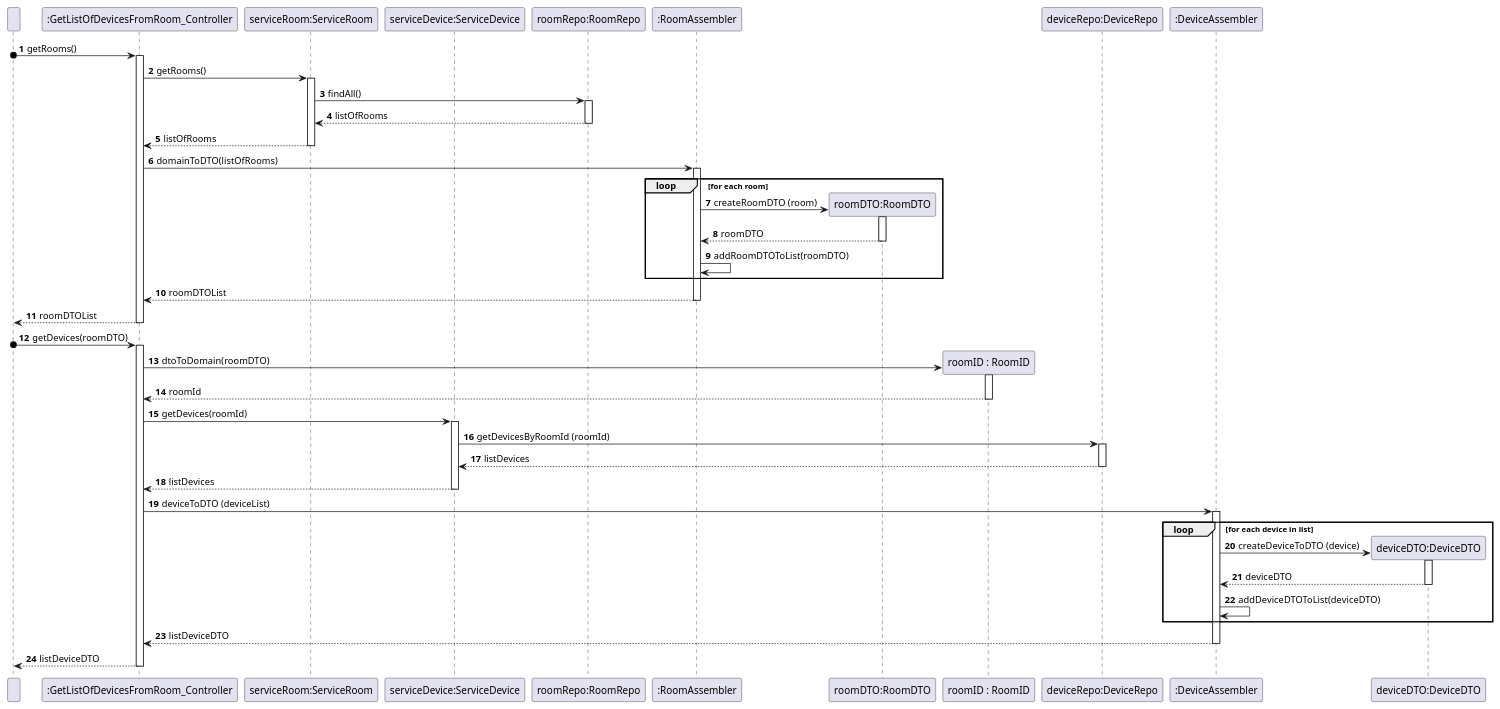
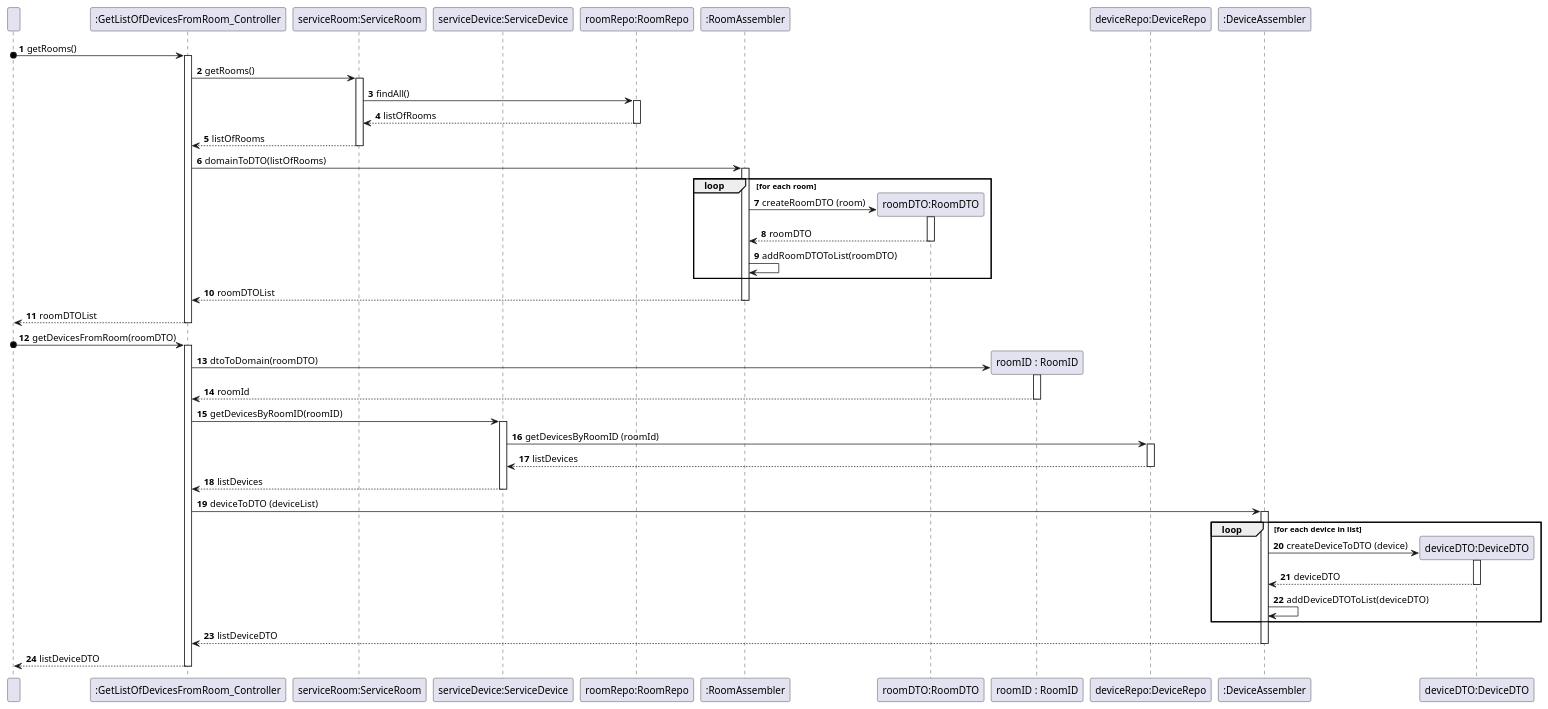
Before and after one commit to olivDiogo/SmartHome: the diagram in docs/userStories/us06/artifacts/US06SD.puml, drawn with PlantUML. The commit also changed 9 other files, not shown here.

```diff
--- a/docs/userStories/us06/artifacts/US06SD.puml
+++ b/docs/userStories/us06/artifacts/US06SD.puml
@@ -1,132 +1,131 @@
 @startuml
 'https://plantuml.com/sequence-diagram
 participant " " as User
 participant ":GetListOfDevicesFromRoom_Controller" as GetListOfDevicesFromRoom_Controller
 
 participant "serviceRoom:ServiceRoom" as ServiceRoom
 participant "serviceDevice:ServiceDevice" as ServiceDevice
 
 participant "roomRepo:RoomRepo" as RoomRepo
 participant ":RoomAssembler" as RoomAssembler
 
 participant "roomDTO:RoomDTO" as RoomDTO
 
 participant "roomID : RoomID" as RoomID
 
 participant "deviceRepo:DeviceRepo" as DeviceRepo
 participant ":DeviceAssembler" as DeviceAssembler
 participant "deviceDTO:DeviceDTO" as DeviceDTO
 
 autonumber
 
 User o-> GetListOfDevicesFromRoom_Controller: getRooms()
 
 activate GetListOfDevicesFromRoom_Controller
 
 GetListOfDevicesFromRoom_Controller -> ServiceRoom: getRooms()
 
 activate ServiceRoom
 
 ServiceRoom -> RoomRepo: findAll()
 
 activate RoomRepo
 
 RoomRepo --> ServiceRoom: listOfRooms
 
 deactivate RoomRepo
 
 ServiceRoom --> GetListOfDevicesFromRoom_Controller: listOfRooms
 
 deactivate ServiceRoom
 
 GetListOfDevicesFromRoom_Controller -> RoomAssembler : domainToDTO(listOfRooms)
 
 activate RoomAssembler
 
 loop for each room
 
     create RoomDTO
 
     RoomAssembler -> RoomDTO: createRoomDTO (room)
 
      activate RoomDTO
 
      RoomDTO --> RoomAssembler: roomDTO
 
       deactivate RoomDTO
 
      RoomAssembler -> RoomAssembler: addRoomDTOToList(roomDTO)
 
 end
 RoomAssembler --> GetListOfDevicesFromRoom_Controller: roomDTOList
 
 deactivate RoomAssembler
 
 GetListOfDevicesFromRoom_Controller --> User : roomDTOList
 
 deactivate GetListOfDevicesFromRoom_Controller
 
-User o-> GetListOfDevicesFromRoom_Controller: getDevices(roomDTO)
+User o-> GetListOfDevicesFromRoom_Controller: getDevicesFromRoom(roomDTO)
 
 activate GetListOfDevicesFromRoom_Controller
 
 create RoomID
 GetListOfDevicesFromRoom_Controller -> RoomID : dtoToDomain(roomDTO)
-
 
 activate RoomID
 
 RoomID --> GetListOfDevicesFromRoom_Controller: roomId
 
 deactivate RoomID
 
-GetListOfDevicesFromRoom_Controller -> ServiceDevice: getDevices(roomId)
+GetListOfDevicesFromRoom_Controller -> ServiceDevice: getDevicesByRoomID(roomID)
 
 activate ServiceDevice
 
-ServiceDevice -> DeviceRepo: getDevicesByRoomId (roomId)
+ServiceDevice -> DeviceRepo: getDevicesByRoomID (roomId)
 
 activate DeviceRepo
 
 DeviceRepo --> ServiceDevice: listDevices
 
 deactivate DeviceRepo
 
 ServiceDevice --> GetListOfDevicesFromRoom_Controller: listDevices
 
 deactivate ServiceDevice
 
 GetListOfDevicesFromRoom_Controller  -> DeviceAssembler: deviceToDTO (deviceList)
 
 activate DeviceAssembler
 
 loop for each device in list
     create DeviceDTO
 
     DeviceAssembler -> DeviceDTO: createDeviceToDTO (device)
 
     activate DeviceDTO
 
     DeviceDTO --> DeviceAssembler: deviceDTO
 
     deactivate DeviceDTO
 
     DeviceAssembler -> DeviceAssembler: addDeviceDTOToList(deviceDTO)
 
 end
 DeviceAssembler --> GetListOfDevicesFromRoom_Controller: listDeviceDTO
 
 deactivate DeviceAssembler
 
 deactivate ServiceDevice
 
 GetListOfDevicesFromRoom_Controller --> User : listDeviceDTO
 
 deactivate GetListOfDevicesFromRoom_Controller
 
 
 
 
 
 
 @enduml
```
